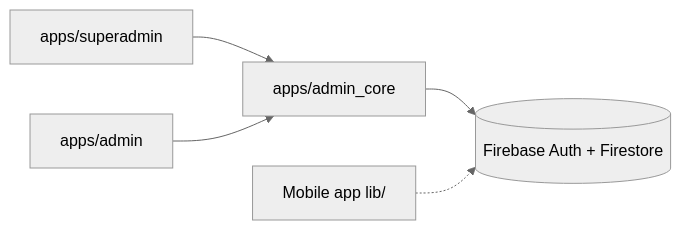
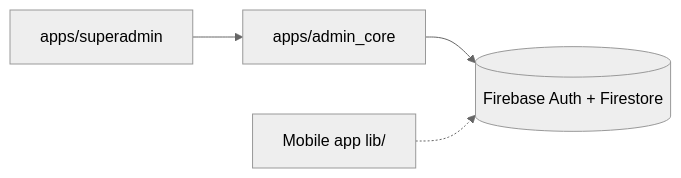
Before and after one commit to manurajv/crickflow: the first of 4 diagrams in docs/developer/architecture.md, drawn with Mermaid (neutral theme). The commit also changed other lines of this file and 155 other files, not shown here.

````diff
--- a/docs/developer/architecture.md
+++ b/docs/developer/architecture.md
@@ -11,7 +19,6 @@
 ```mermaid
 flowchart LR
   SA[apps/superadmin] --> CORE[apps/admin_core]
-  OA[apps/admin] --> CORE
   CORE --> FB[(Firebase Auth + Firestore)]
   MOBILE[Mobile app lib/] -.-> FB
 ```
````
